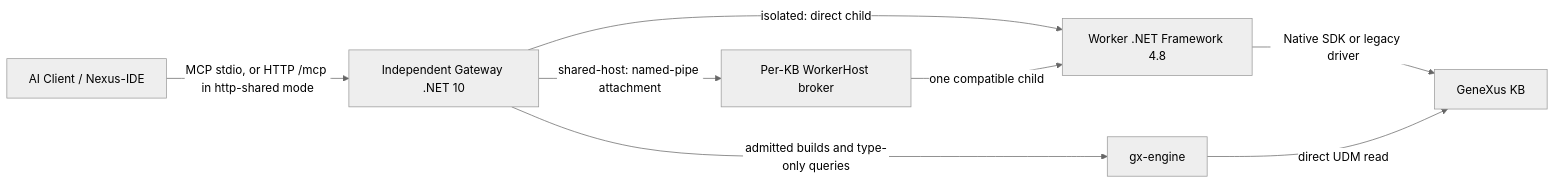
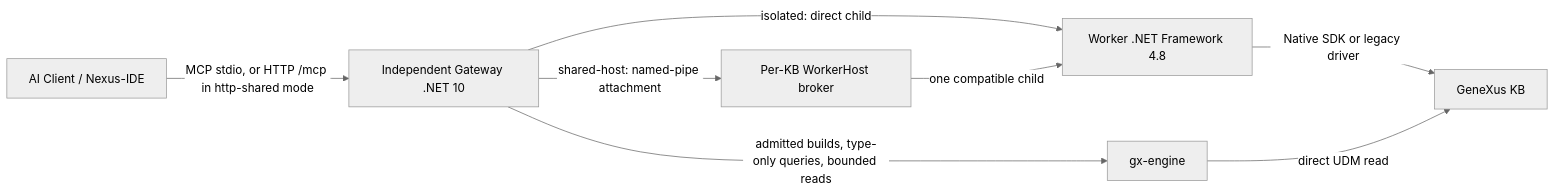
Before and after one commit to antoniojosedev/FBgx18MCP: the diagram in README.md, drawn with Mermaid (neutral theme). The commit also changed other lines of this file and 1 other file, not shown here.

First line of the commit message:
docs(readme): list the bounded read-only requests gx-engine now serves

````diff
--- a/README.md
+++ b/README.md
@@ -761,10 +761,10 @@
 ```mermaid
 graph LR
     A[AI Client / Nexus-IDE] -->|MCP stdio, or HTTP /mcp in http-shared mode| B[Independent Gateway .NET 10]
     B -->|isolated: direct child| C[Worker .NET Framework 4.8]
     B -->|shared-host: named-pipe attachment| H[Per-KB WorkerHost broker]
     H -->|one compatible child| C
     C -->|Native SDK or legacy driver| D[GeneXus KB]
-    B -->|admitted builds and type-only queries| E[gx-engine]
+    B -->|admitted builds, type-only queries, bounded reads| E[gx-engine]
     E -->|direct UDM read| D
 ```
````
